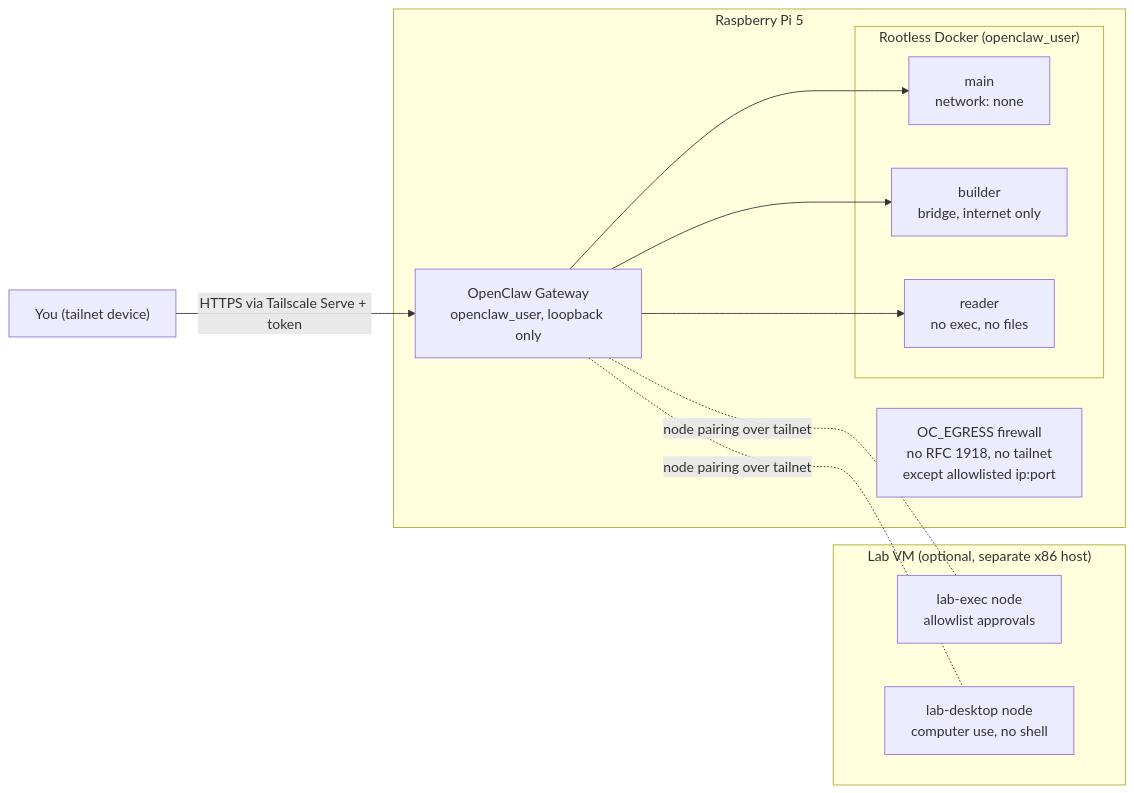
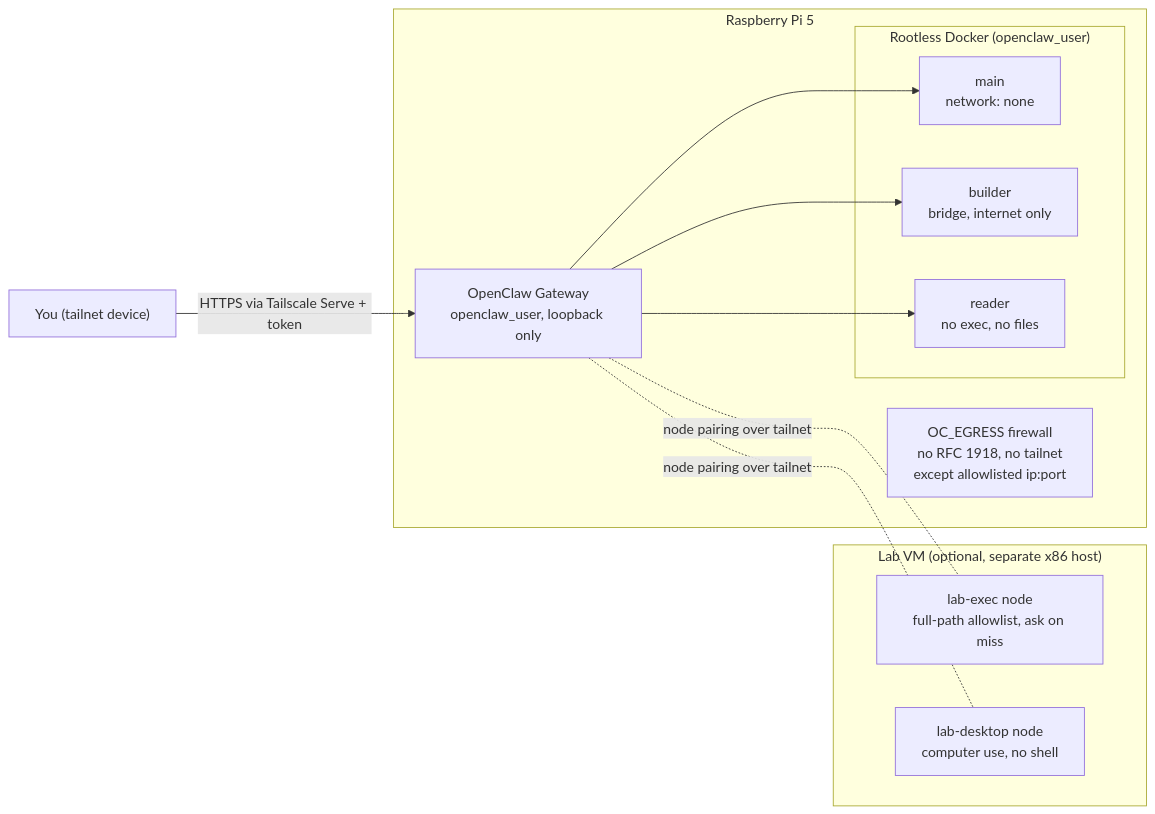
Before and after one commit to davepae/openclaw-rpi-setupscript: the diagram in README.md, drawn with Mermaid. The commit also changed other lines of this file, not shown here.

First line of the commit message:
README: bring lab, security model, tests and operations up to date

````diff
--- a/README.md
+++ b/README.md
@@ -65,19 +65,19 @@
 ```mermaid
 flowchart LR
   you["You (tailnet device)"] -- "HTTPS via Tailscale Serve + token" --> gw
   subgraph pi["Raspberry Pi 5"]
     gw["OpenClaw Gateway<br/>openclaw_user, loopback only"]
     subgraph docker["Rootless Docker (openclaw_user)"]
       main["main<br/>network: none"]
       builder["builder<br/>bridge, internet only"]
       reader["reader<br/>no exec, no files"]
     end
     gw --> main & builder & reader
     fw["OC_EGRESS firewall<br/>no RFC 1918, no tailnet<br/>except allowlisted ip:port"]
   end
   subgraph lab["Lab VM (optional, separate x86 host)"]
-    exec["lab-exec node<br/>allowlist approvals"]
+    exec["lab-exec node<br/>full-path allowlist, ask on miss"]
     desk["lab-desktop node<br/>computer use, no shell"]
   end
   gw -. "node pairing over tailnet" .- exec & desk
 ```
````
